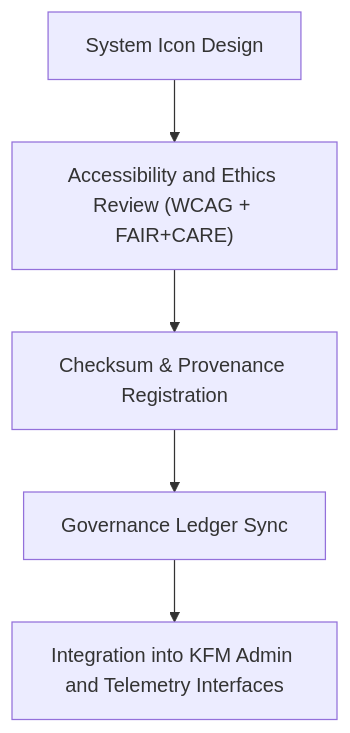
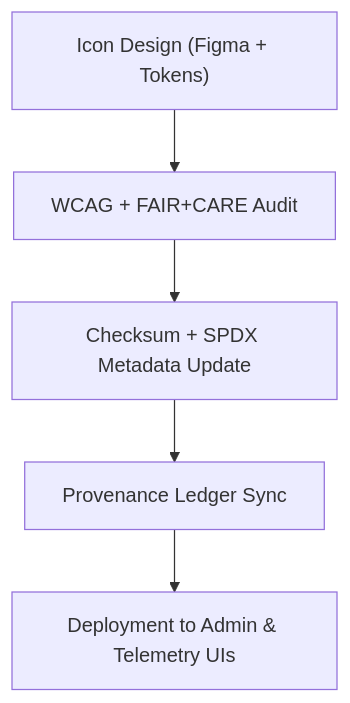
One commit to bartytime4life/Kansas-Frontier-Matrix changed the diagram in web/public/icons/system/README.md. Above: the diagram before and after it, drawn with Mermaid. The commit also changed other lines of this file, not shown here.

````diff
--- a/web/public/icons/system/README.md
+++ b/web/public/icons/system/README.md
@@ -66,7 +57,7 @@
 ```mermaid
 flowchart TD
-    A["System Icon Design"] --> B["Accessibility and Ethics Review (WCAG + FAIR+CARE)"]
-    B --> C["Checksum & Provenance Registration"]
-    C --> D["Governance Ledger Sync"]
-    D --> E["Integration into KFM Admin and Telemetry Interfaces"]
+A["Icon Design (Figma + Tokens)"] --> B["WCAG + FAIR+CARE Audit"]
+B --> C["Checksum + SPDX Metadata Update"]
+C --> D["Provenance Ledger Sync"]
+D --> E["Deployment to Admin & Telemetry UIs"]
 ```
````
